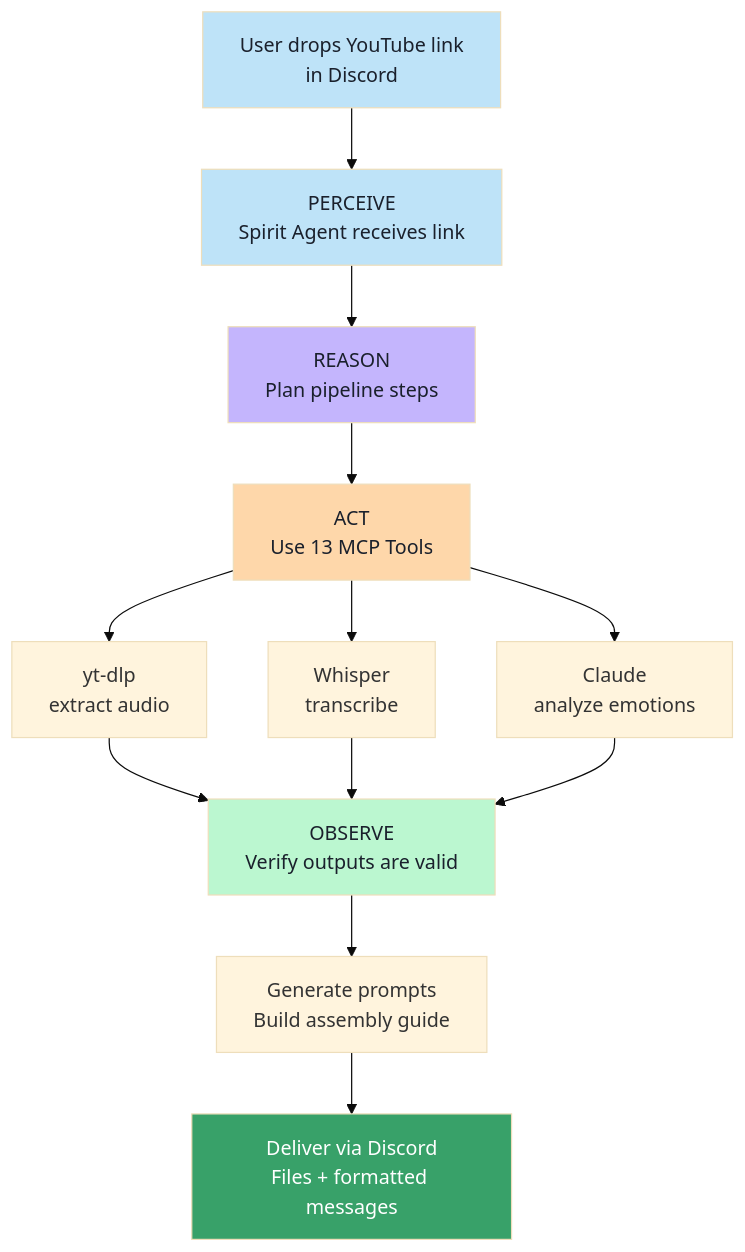
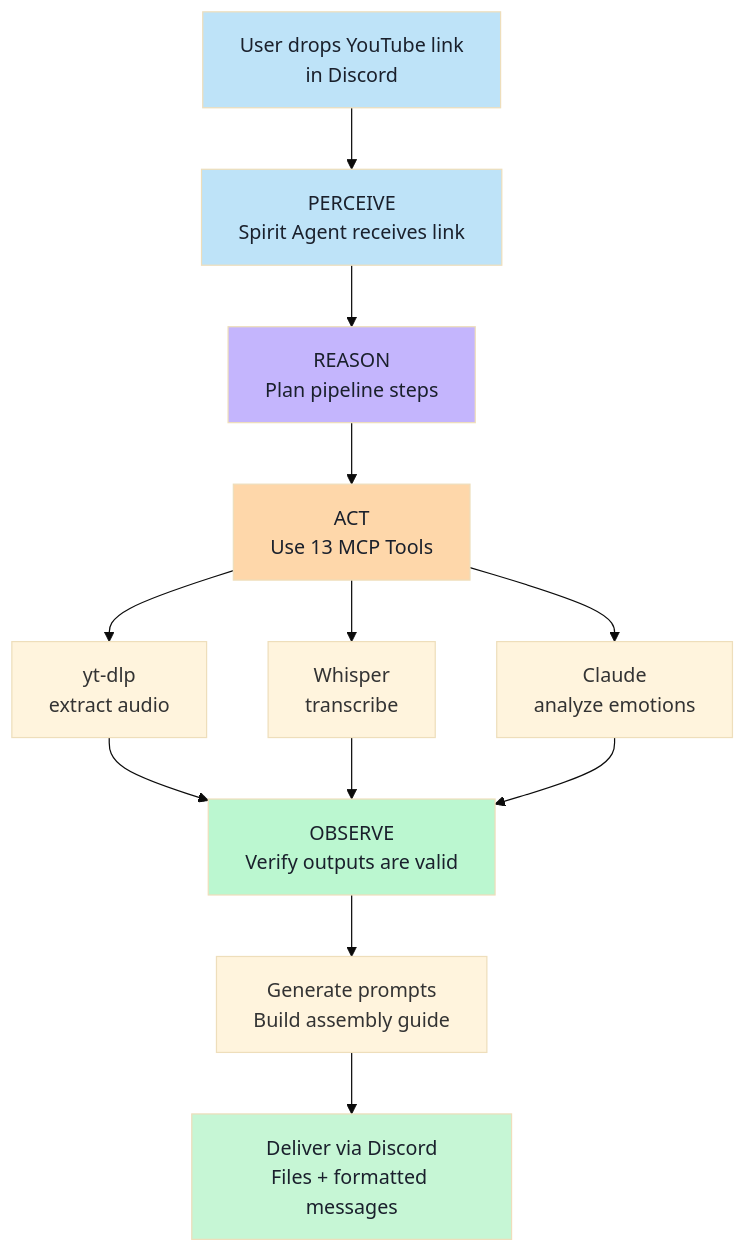
The diagram in module-1-foundations/case_study.md (moltbot47/agentic-ai-course), drawn with Mermaid (base theme) before and after one commit. The commit also changed 9 other files, not shown here.

First line of the commit message:
Fix all mermaid boxes to use light fills with dark text

````diff
--- a/module-1-foundations/case_study.md
+++ b/module-1-foundations/case_study.md
@@ -13,20 +13,20 @@
 ```mermaid
 flowchart TD
     Input["User drops YouTube link\nin Discord"] --> Perceive["PERCEIVE\nSpirit Agent receives link"]
     Perceive --> Reason["REASON\nPlan pipeline steps"]
     Reason --> Act["ACT\nUse 13 MCP Tools"]
     Act --> T1["yt-dlp\nextract audio"]
     Act --> T2["Whisper\ntranscribe"]
     Act --> T3["Claude\nanalyze emotions"]
     T1 --> Observe["OBSERVE\nVerify outputs are valid"]
     T2 --> Observe
     T3 --> Observe
     Observe --> Generate["Generate prompts\nBuild assembly guide"]
     Generate --> Deliver["Deliver via Discord\nFiles + formatted messages"]
     style Input fill:#bee3f8,color:#1a202c
     style Perceive fill:#bee3f8,color:#1a202c
     style Reason fill:#c4b5fd,color:#1a202c
     style Act fill:#fed7aa,color:#1a202c
     style Observe fill:#bbf7d0,color:#1a202c
-    style Deliver fill:#38a169,color:#fff
+    style Deliver fill:#c6f6d5,color:#1a202c
 ```
````
